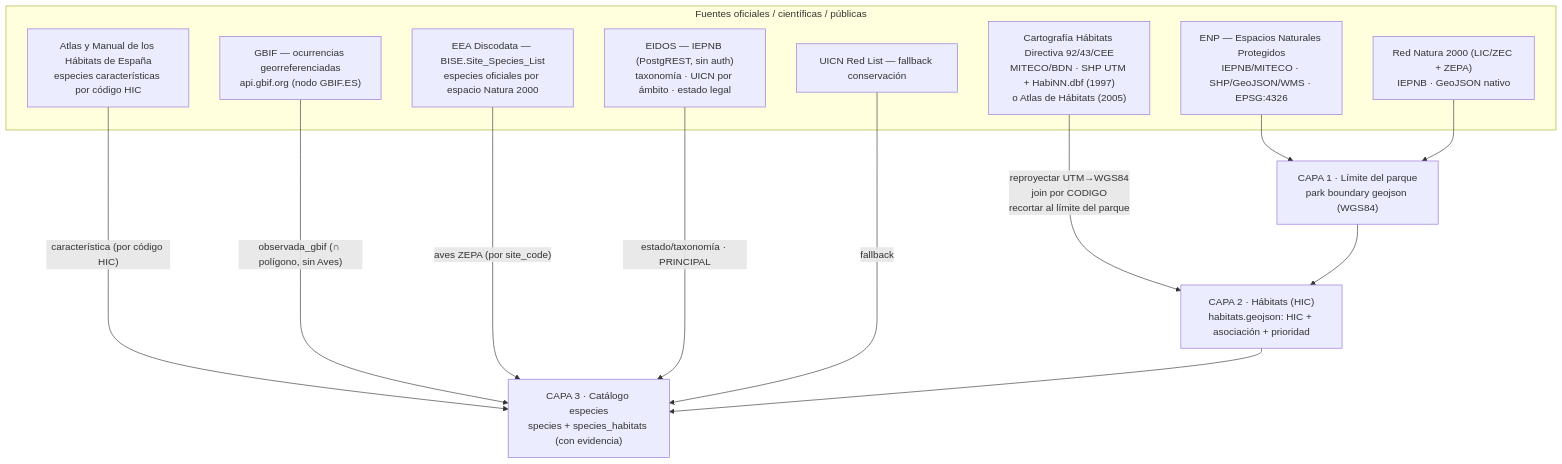
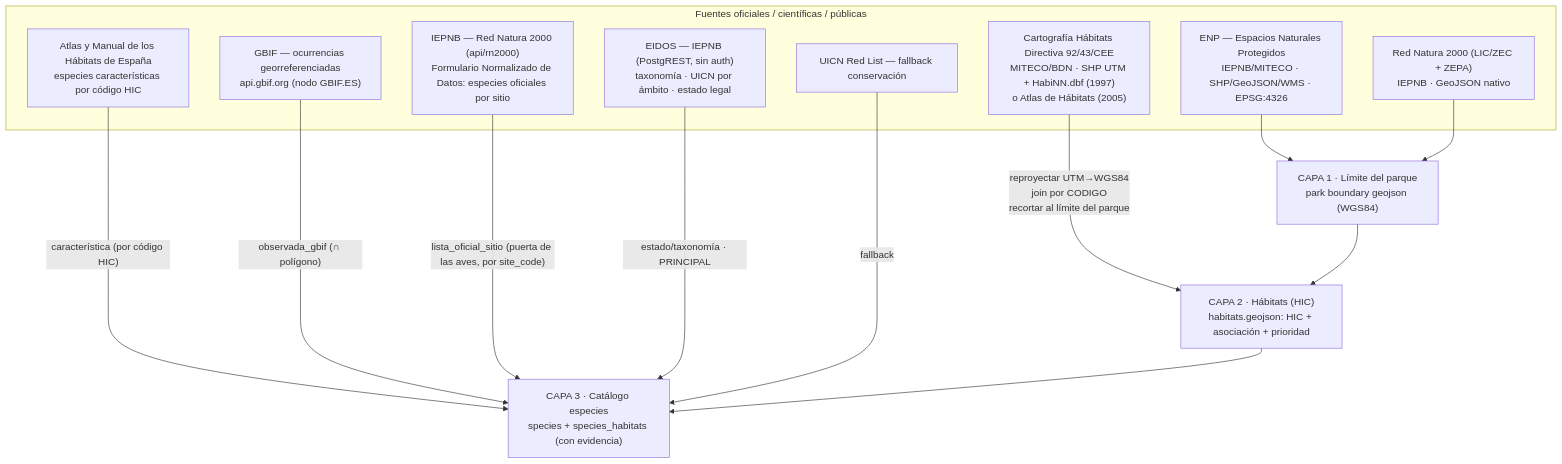
Before and after one commit to DamiNL94/NaturDex: the diagram in Tools/catalogo-nacional/README.md, drawn with Mermaid. The commit also changed other lines of this file and 10 other files, not shown here.

````diff
--- a/Tools/catalogo-nacional/README.md
+++ b/Tools/catalogo-nacional/README.md
@@ -26,28 +26,28 @@
 ```mermaid
 flowchart TD
   subgraph FUENTES["Fuentes oficiales / científicas / públicas"]
     ENP["ENP — Espacios Naturales Protegidos<br/>IEPNB/MITECO · SHP/GeoJSON/WMS · EPSG:4326"]
     N2K["Red Natura 2000 (LIC/ZEC + ZEPA)<br/>IEPNB · GeoJSON nativo"]
     HIC["Cartografía Hábitats Directiva 92/43/CEE<br/>MITECO/BDN · SHP UTM + HabiNN.dbf (1997)<br/>o Atlas de Hábitats (2005)"]
     EIDOS["EIDOS — IEPNB (PostgREST, sin auth)<br/>taxonomía · UICN por ámbito · estado legal"]
     UICN["UICN Red List — fallback conservación"]
     GBIF["GBIF — ocurrencias georreferenciadas<br/>api.gbif.org (nodo GBIF.ES)"]
-    BISE["EEA Discodata — BISE.Site_Species_List<br/>especies oficiales por espacio Natura 2000"]
+    RN2K["IEPNB — Red Natura 2000 (api/rn2000)<br/>Formulario Normalizado de Datos: especies oficiales por sitio"]
     ATLAS["Atlas y Manual de los Hábitats de España<br/>especies características por código HIC"]
   end
 
   P["CAPA 1 · Límite del parque<br/>park boundary geojson (WGS84)"]
   H["CAPA 2 · Hábitats (HIC)<br/>habitats.geojson: HIC + asociación + prioridad"]
   S["CAPA 3 · Catálogo especies<br/>species + species_habitats (con evidencia)"]
 
   ENP --> P
   N2K --> P
   HIC -->|"reproyectar UTM→WGS84<br/>join por CODIGO<br/>recortar al límite del parque"| H
   P --> H
   ATLAS -->|"característica (por código HIC)"| S
-  GBIF -->|"observada_gbif (∩ polígono, sin Aves)"| S
-  BISE -->|"aves ZEPA (por site_code)"| S
+  GBIF -->|"observada_gbif (∩ polígono)"| S
+  RN2K -->|"lista_oficial_sitio (puerta de las aves, por site_code)"| S
   EIDOS -->|"estado/taxonomía · PRINCIPAL"| S
   UICN -->|"fallback"| S
   H --> S
 ```
````
